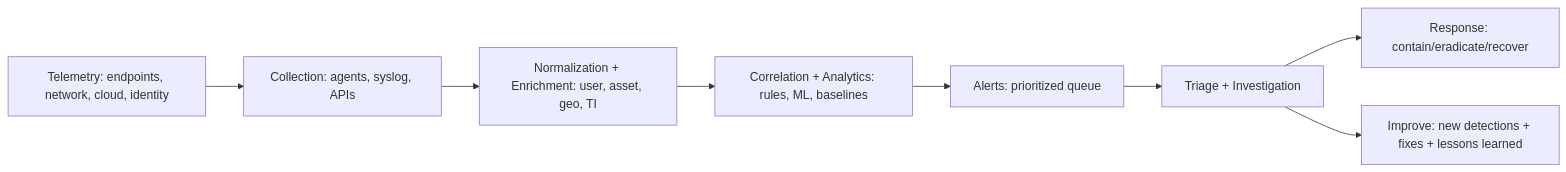
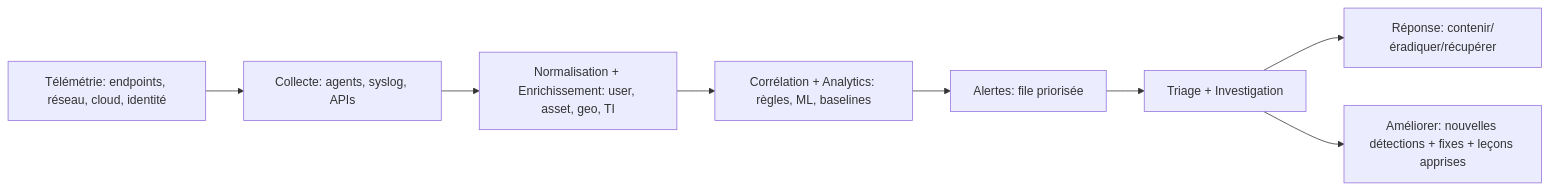
One commit to Roullito/Cours-codes changed the diagram in Cyber/Offensive_vs_Defensive_Security.md. Above: the diagram before and after it, drawn with Mermaid. The commit also changed other lines of this file, not shown here.

````diff
--- a/Cyber/Offensive_vs_Defensive_Security.md
+++ b/Cyber/Offensive_vs_Defensive_Security.md
@@ -212,10 +212,10 @@
 ```mermaid
 flowchart LR
-  A[Telemetry: endpoints, network, cloud, identity] --> B[Collection: agents, syslog, APIs]
-  B --> C[Normalization + Enrichment: user, asset, geo, TI]
-  C --> D[Correlation + Analytics: rules, ML, baselines]
-  D --> E[Alerts: prioritized queue]
+  A[Télémétrie: endpoints, réseau, cloud, identité] --> B[Collecte: agents, syslog, APIs]
+  B --> C[Normalisation + Enrichissement: user, asset, geo, TI]
+  C --> D[Corrélation + Analytics: règles, ML, baselines]
+  D --> E[Alertes: file priorisée]
   E --> F[Triage + Investigation]
-  F --> G[Response: contain/eradicate/recover]
-  F --> H[Improve: new detections + fixes + lessons learned]
+  F --> G[Réponse: contenir/éradiquer/récupérer]
+  F --> H[Améliorer: nouvelles détections + fixes + leçons apprises]
 ```
````
